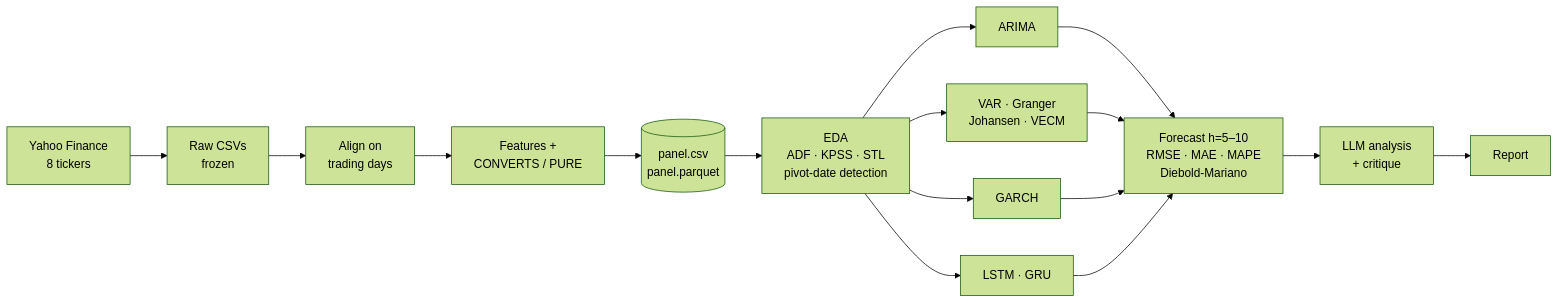
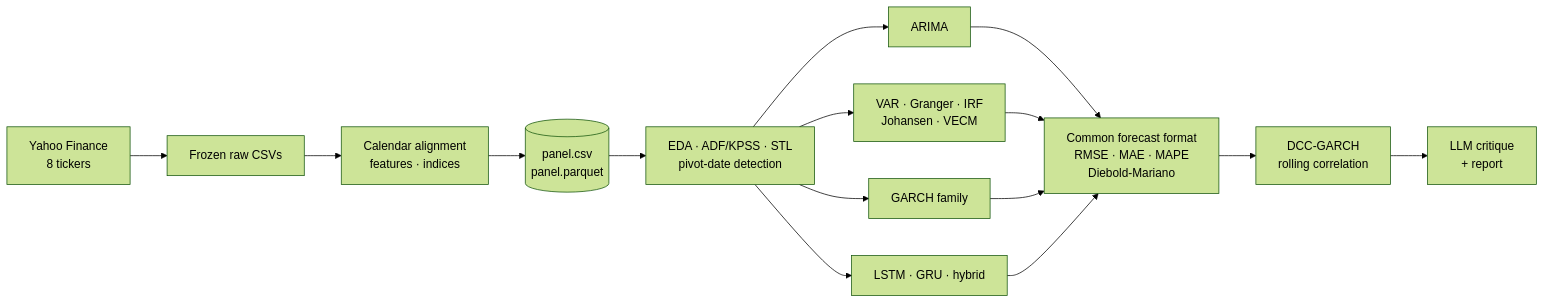
One commit to ghadakhchimi5-dot/Bitcoin-miners changed the diagram in README.md. Above: the diagram before and after it, drawn with Mermaid (forest theme). The commit also changed other lines of this file, not shown here.

````diff
--- a/README.md
+++ b/README.md
@@ -71,15 +76,14 @@
 ```mermaid
 flowchart LR
-    A[Yahoo Finance<br/>8 tickers] --> B[Raw CSVs<br/>frozen]
-    B --> C[Align on<br/>trading days]
-    C --> D[Features +<br/>CONVERTS / PURE]
-    D --> E[(panel.csv<br/>panel.parquet)]
-    E --> F[EDA<br/>ADF · KPSS · STL<br/>pivot-date detection]
-    F --> G[ARIMA]
-    F --> H[VAR · Granger<br/>Johansen · VECM]
-    F --> I[GARCH]
-    F --> J[LSTM · GRU]
-    G & H & I & J --> K[Forecast h=5–10<br/>RMSE · MAE · MAPE<br/>Diebold-Mariano]
-    K --> L[LLM analysis<br/>+ critique]
-    L --> M[Report]
+    A[Yahoo Finance<br/>8 tickers] --> B[Frozen raw CSVs]
+    B --> C[Calendar alignment<br/>features · indices]
+    C --> D[(panel.csv<br/>panel.parquet)]
+    D --> E[EDA · ADF/KPSS · STL<br/>pivot-date detection]
+    E --> F[ARIMA]
+    E --> G[VAR · Granger · IRF<br/>Johansen · VECM]
+    E --> H[GARCH family]
+    E --> I[LSTM · GRU · hybrid]
+    F & G & H & I --> J[Common forecast format<br/>RMSE · MAE · MAPE<br/>Diebold-Mariano]
+    J --> K[DCC-GARCH<br/>rolling correlation]
+    K --> L[LLM critique<br/>+ report]
 ```
````
